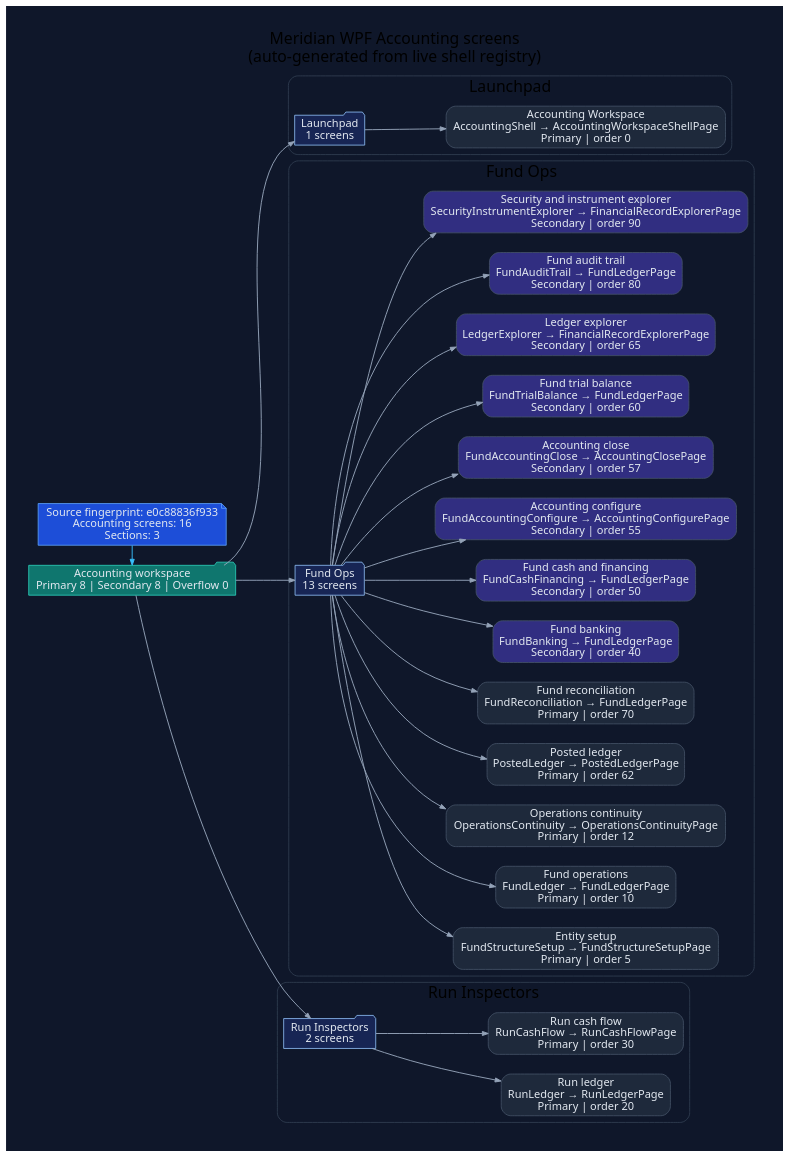
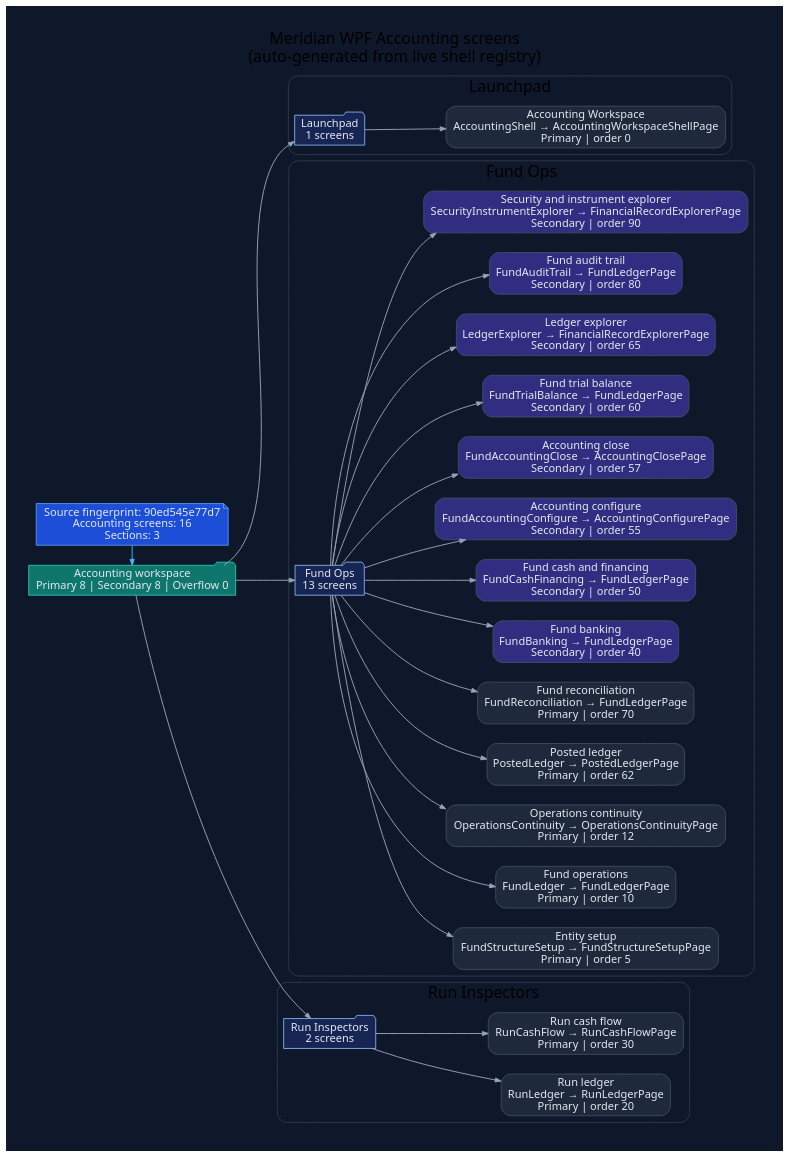
The diagram in docs/diagrams/ui-wpf-screens-accounting.dot (rodoHasArrived/Meridian-main), drawn with Graphviz before and after one commit. The commit also changed 73 other files, not shown here.

```diff
--- a/docs/diagrams/ui-wpf-screens-accounting.dot
+++ b/docs/diagrams/ui-wpf-screens-accounting.dot
@@ -1,82 +1,82 @@
 // -----------------------------------------------------------------------------
 // <auto-generated>
 // Generated by scripts/generate-diagrams.mjs.
 // Do not edit this file directly; update the WPF source files instead.
 // -----------------------------------------------------------------------------
 digraph WpfAccountingScreens {
   graph [
     rankdir=LR,
     labelloc=t,
     label="Meridian WPF Accounting screens\n(auto-generated from live shell registry)",
     fontname="Segoe UI",
     fontsize=20,
     pad=0.4,
     nodesep=0.35,
     ranksep=0.85,
     bgcolor="#0f172a"
   ];
   node [fontname="Segoe UI", shape=box, style="rounded,filled", color="#475569", fontcolor="#e2e8f0", fillcolor="#1e293b"];
   edge [fontname="Segoe UI", color="#94a3b8", penwidth=1.2, arrowsize=0.75];
 
-  generated [shape=note, fillcolor="#1d4ed8", color="#60a5fa", label="Source fingerprint: e0c88836f933\nAccounting screens: 16\nSections: 3"];
+  generated [shape=note, fillcolor="#1d4ed8", color="#60a5fa", label="Source fingerprint: 90ed545e77d7\nAccounting screens: 16\nSections: 3"];
   workspace [shape=folder, fillcolor="#0f766e", color="#2dd4bf", label="Accounting workspace\nPrimary 8 | Secondary 8 | Overflow 0"];
   generated -> workspace [color="#38bdf8"];
 
   subgraph cluster_section_1 {
     label="Launchpad";
     color="#334155";
     style="rounded";
     section_1 [shape=folder, fillcolor="#172554", color="#93c5fd", label="Launchpad\n1 screens"];
     workspace -> section_1;
     screen_AccountingShell [fillcolor="#1e293b", label="Accounting Workspace\nAccountingShell → AccountingWorkspaceShellPage\nPrimary | order 0"];
     section_1 -> screen_AccountingShell;
   }
 
   subgraph cluster_section_2 {
     label="Fund Ops";
     color="#334155";
     style="rounded";
     section_2 [shape=folder, fillcolor="#172554", color="#93c5fd", label="Fund Ops\n13 screens"];
     workspace -> section_2;
     screen_FundStructureSetup [fillcolor="#1e293b", label="Entity setup\nFundStructureSetup → FundStructureSetupPage\nPrimary | order 5"];
     section_2 -> screen_FundStructureSetup;
     screen_FundLedger [fillcolor="#1e293b", label="Fund operations\nFundLedger → FundLedgerPage\nPrimary | order 10"];
     section_2 -> screen_FundLedger;
     screen_OperationsContinuity [fillcolor="#1e293b", label="Operations continuity\nOperationsContinuity → OperationsContinuityPage\nPrimary | order 12"];
     section_2 -> screen_OperationsContinuity;
     screen_PostedLedger [fillcolor="#1e293b", label="Posted ledger\nPostedLedger → PostedLedgerPage\nPrimary | order 62"];
     section_2 -> screen_PostedLedger;
     screen_FundReconciliation [fillcolor="#1e293b", label="Fund reconciliation\nFundReconciliation → FundLedgerPage\nPrimary | order 70"];
     section_2 -> screen_FundReconciliation;
     screen_FundBanking [fillcolor="#312e81", label="Fund banking\nFundBanking → FundLedgerPage\nSecondary | order 40"];
     section_2 -> screen_FundBanking;
     screen_FundCashFinancing [fillcolor="#312e81", label="Fund cash and financing\nFundCashFinancing → FundLedgerPage\nSecondary | order 50"];
     section_2 -> screen_FundCashFinancing;
     screen_FundAccountingConfigure [fillcolor="#312e81", label="Accounting configure\nFundAccountingConfigure → AccountingConfigurePage\nSecondary | order 55"];
     section_2 -> screen_FundAccountingConfigure;
     screen_FundAccountingClose [fillcolor="#312e81", label="Accounting close\nFundAccountingClose → AccountingClosePage\nSecondary | order 57"];
     section_2 -> screen_FundAccountingClose;
     screen_FundTrialBalance [fillcolor="#312e81", label="Fund trial balance\nFundTrialBalance → FundLedgerPage\nSecondary | order 60"];
     section_2 -> screen_FundTrialBalance;
     screen_LedgerExplorer [fillcolor="#312e81", label="Ledger explorer\nLedgerExplorer → FinancialRecordExplorerPage\nSecondary | order 65"];
     section_2 -> screen_LedgerExplorer;
     screen_FundAuditTrail [fillcolor="#312e81", label="Fund audit trail\nFundAuditTrail → FundLedgerPage\nSecondary | order 80"];
     section_2 -> screen_FundAuditTrail;
     screen_SecurityInstrumentExplorer [fillcolor="#312e81", label="Security and instrument explorer\nSecurityInstrumentExplorer → FinancialRecordExplorerPage\nSecondary | order 90"];
     section_2 -> screen_SecurityInstrumentExplorer;
   }
 
   subgraph cluster_section_3 {
     label="Run Inspectors";
     color="#334155";
     style="rounded";
     section_3 [shape=folder, fillcolor="#172554", color="#93c5fd", label="Run Inspectors\n2 screens"];
     workspace -> section_3;
     screen_RunLedger [fillcolor="#1e293b", label="Run ledger\nRunLedger → RunLedgerPage\nPrimary | order 20"];
     section_3 -> screen_RunLedger;
     screen_RunCashFlow [fillcolor="#1e293b", label="Run cash flow\nRunCashFlow → RunCashFlowPage\nPrimary | order 30"];
     section_3 -> screen_RunCashFlow;
   }
 
   { rank=min; generated; workspace; }
 }
```
